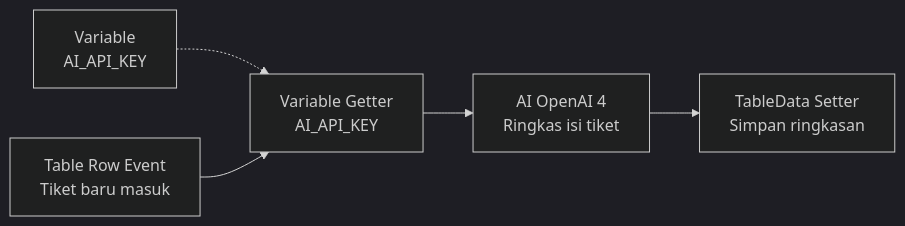
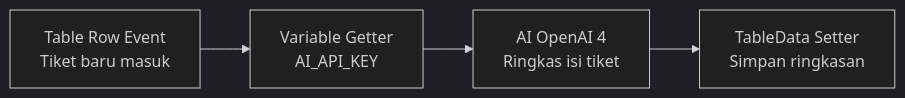
Before and after one commit to ginalne/phoenix-docs: the second of 2 diagrams in Docs/Modul Data/Variable/Apa itu Variable.md, drawn with Mermaid (dark theme). The commit also changed other lines of this file, not shown here.

Commit message:
Update Docs/Modul Data/Variable/Apa itu Variable.md

````diff
--- a/Docs/Modul Data/Variable/Apa itu Variable.md
+++ b/Docs/Modul Data/Variable/Apa itu Variable.md
@@ -167,7 +158,6 @@
 ```mermaid
 flowchart LR
-    V["Variable<br/>AI_API_KEY"] -.-> B
     A["Table Row Event<br/>Tiket baru masuk"] --> B["Variable Getter<br/>AI_API_KEY"]
     B --> C["AI OpenAI 4<br/>Ringkas isi tiket"]
     C --> D["TableData Setter<br/>Simpan ringkasan"]
 ```
````
